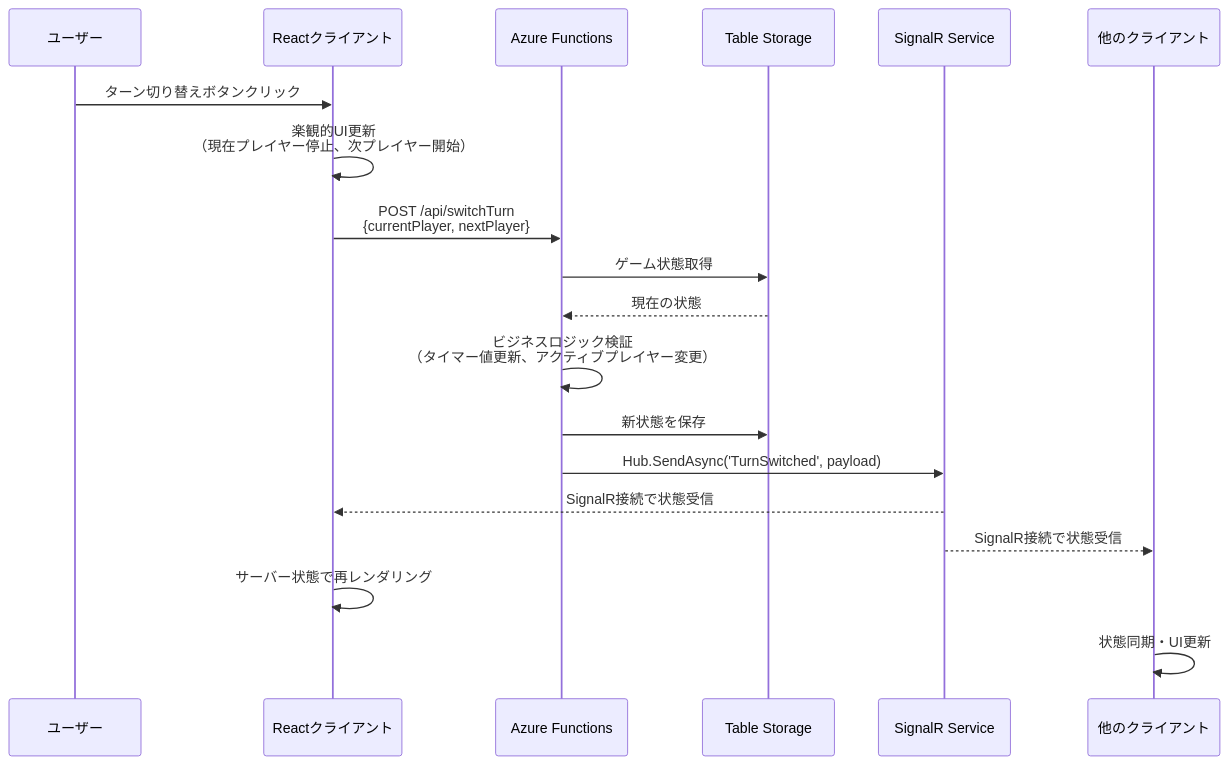
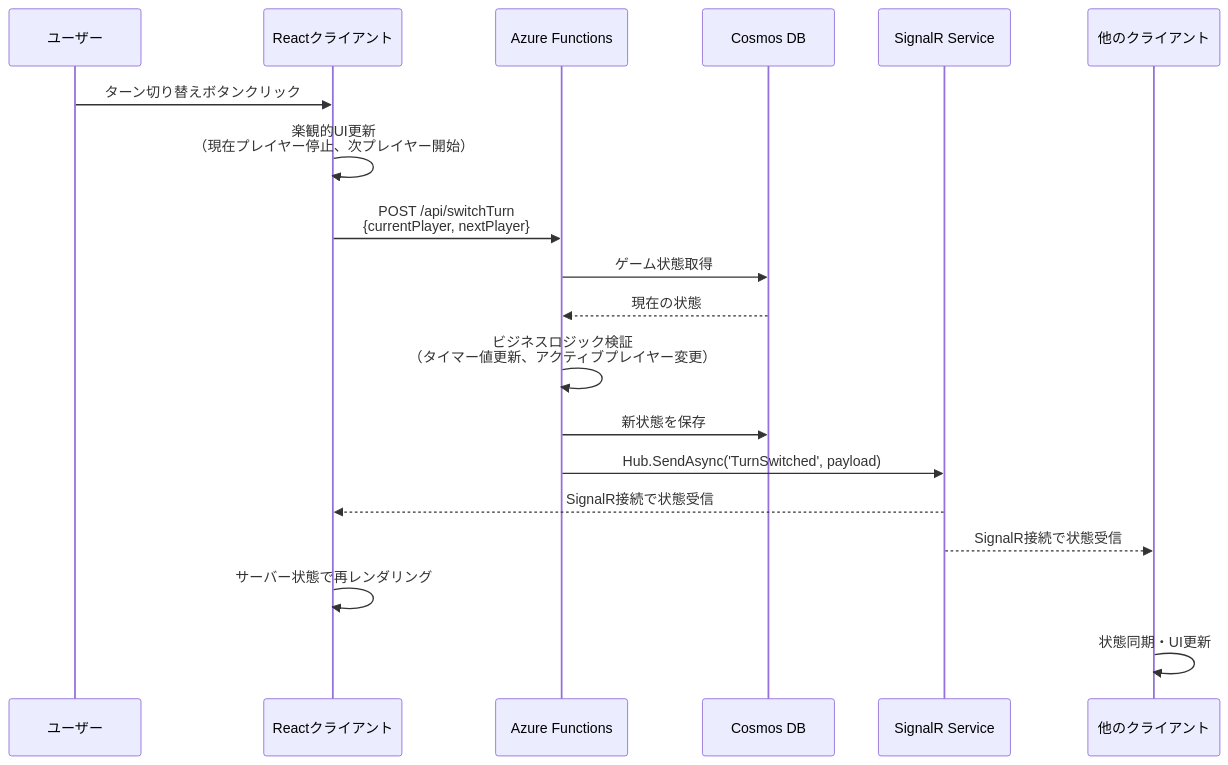
Before and after one commit to Jillrinn/tickTackFour: the second of 4 diagrams in .kiro/specs/multiplayer-game-timer/design.md, drawn with Mermaid. The commit also changed other lines of this file and 1 other file, not shown here.

First line of the commit message:
Update storage backend from Table Storage to Cosmos DB Free Tier

````diff
--- a/.kiro/specs/multiplayer-game-timer/design.md
+++ b/.kiro/specs/multiplayer-game-timer/design.md
@@ -162,22 +164,22 @@
 ```mermaid
 sequenceDiagram
     participant U as ユーザー
     participant C as Reactクライアント
     participant F as Azure Functions
-    participant S as Table Storage
+    participant S as Cosmos DB
     participant SR as SignalR Service
     participant O as 他のクライアント
 
     U->>C: ターン切り替えボタンクリック
     C->>C: 楽観的UI更新<br/>（現在プレイヤー停止、次プレイヤー開始）
     C->>F: POST /api/switchTurn<br/>{currentPlayer, nextPlayer}
     F->>S: ゲーム状態取得
     S-->>F: 現在の状態
     F->>F: ビジネスロジック検証<br/>（タイマー値更新、アクティブプレイヤー変更）
     F->>S: 新状態を保存
     F->>SR: Hub.SendAsync('TurnSwitched', payload)
     SR-->>C: SignalR接続で状態受信
     SR-->>O: SignalR接続で状態受信
     C->>C: サーバー状態で再レンダリング
     O->>O: 状態同期・UI更新
 ```
````
